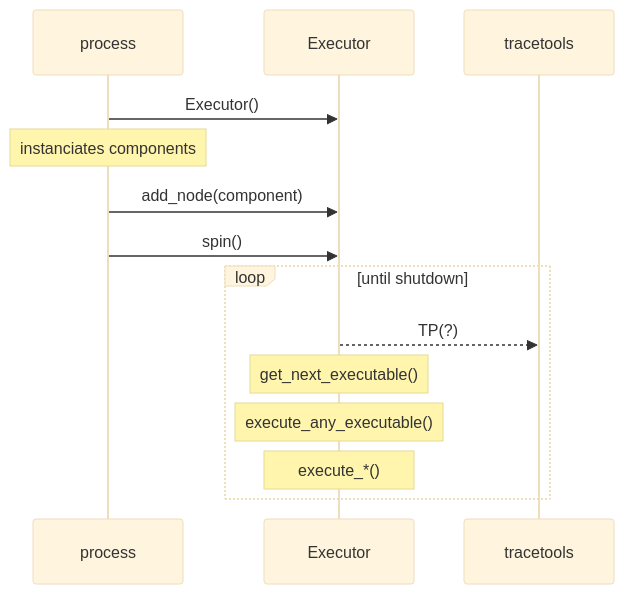
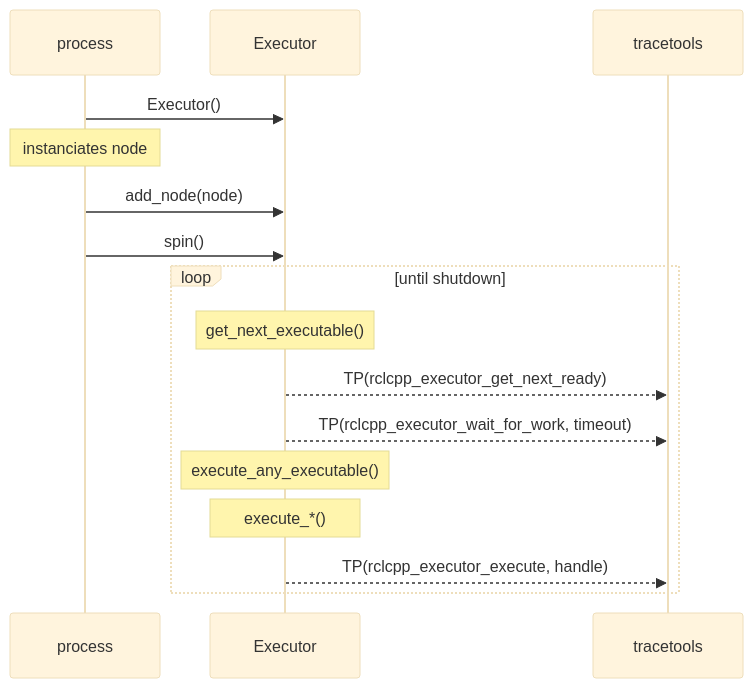
One commit to ros2-split-gbp/ros2_tracing-release changed the fifth of 17 diagrams in doc/design_ros_2.md. Above: the diagram before and after it, drawn with Mermaid (base theme). The commit also changed other lines of this file and 83 other files, not shown here.

````diff
--- a/doc/design_ros_2.md
+++ b/doc/design_ros_2.md
@@ -252,18 +356,19 @@
 ```mermaid
 sequenceDiagram
     participant process
     participant Executor
     participant tracetools
 
     process->>Executor: Executor()
-    Note over process: instanciates components
-    process->>Executor: add_node(component)
+    Note over process: instanciates node
+    process->>Executor: add_node(node)
     process->>Executor: spin()
     loop until shutdown
-        Executor-->>tracetools: TP(?)
-
         Note over Executor: get_next_executable()
+        Executor-->>tracetools: TP(rclcpp_executor_get_next_ready)
+        Executor-->>tracetools: TP(rclcpp_executor_wait_for_work, timeout)
         Note over Executor: execute_any_executable()
         Note over Executor: execute_*()
+        Executor-->>tracetools: TP(rclcpp_executor_execute, handle)
     end
 ```
````
